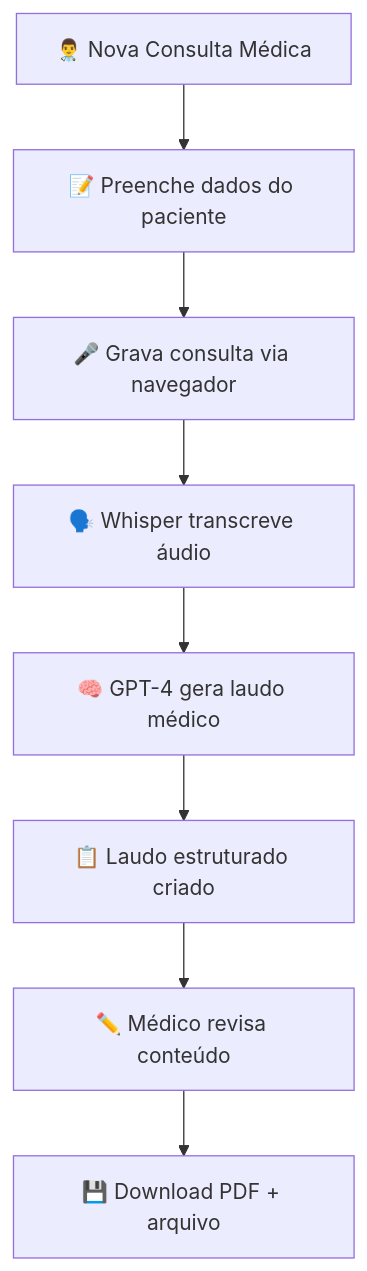
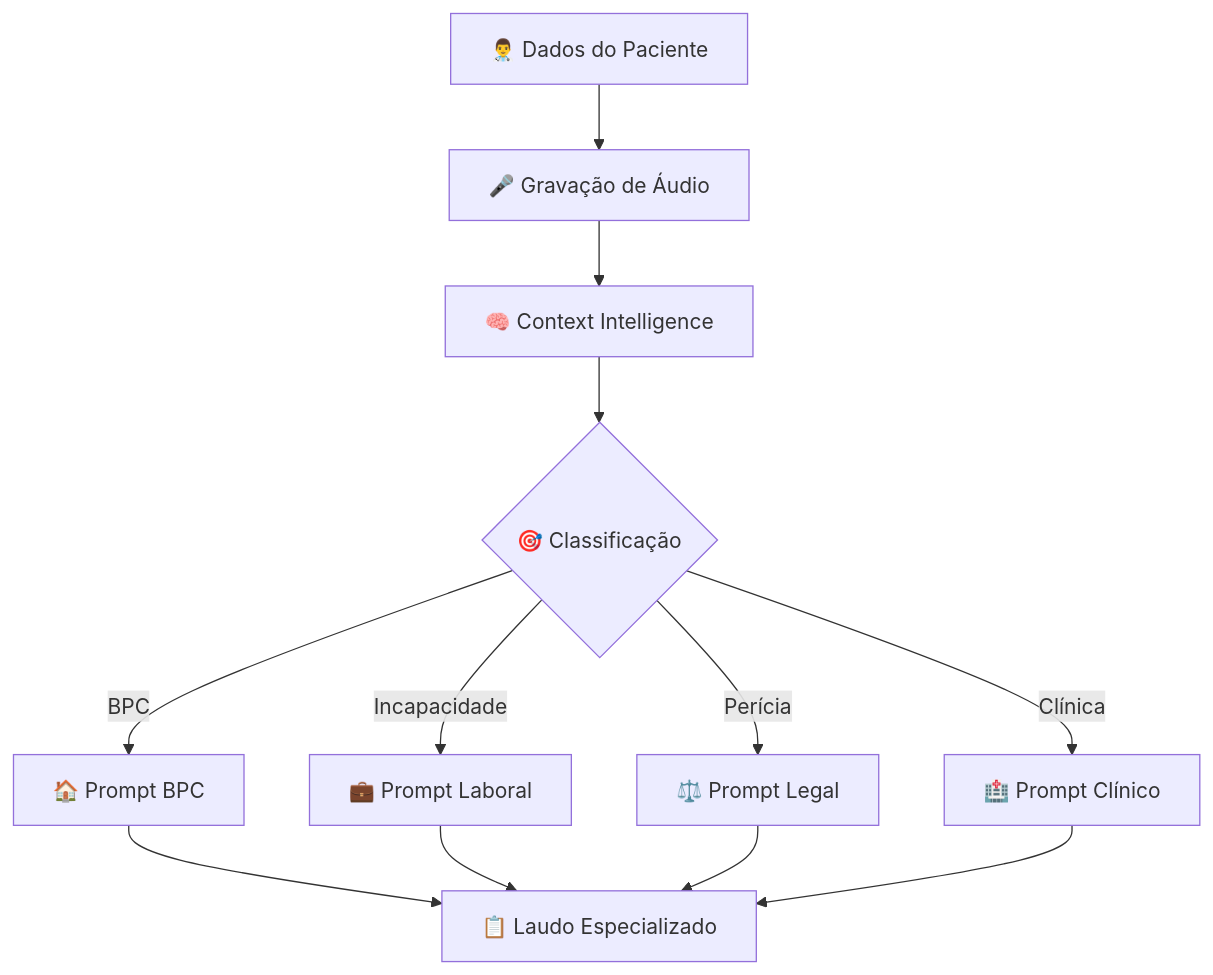
One commit to RaquelFonsec/medical-exam-analyzer changed the diagram in README.md. Above: the diagram before and after it, drawn with Mermaid. The commit also changed other lines of this file, not shown here.

````diff
--- a/README.md
+++ b/README.md
@@ -89,10 +66,14 @@
 ```mermaid
 graph TD
-    A[👨‍⚕️ Nova Consulta Médica] --> B[📝 Preenche dados do paciente]
-    B --> C[🎤 Grava consulta via navegador]
-    C --> D[🗣️ Whisper transcreve áudio]
-    D --> E[🧠 GPT-4 gera laudo médico]
-    E --> F[📋 Laudo estruturado criado]
-    F --> G[✏️ Médico revisa conteúdo]
-    G --> H[💾 Download PDF + arquivo]
+    A[👨‍⚕️ Dados do Paciente] --> B[🎤 Gravação de Áudio]
+    B --> C[🧠 Context Intelligence]
+    C --> D{🎯 Classificação}
+    D -->|BPC| E[🏠 Prompt BPC]
+    D -->|Incapacidade| F[💼 Prompt Laboral]
+    D -->|Perícia| G[⚖️ Prompt Legal]
+    D -->|Clínica| H[🏥 Prompt Clínico]
+    E --> I[📋 Laudo Especializado]
+    F --> I
+    G --> I
+    H --> I
 ```
````
